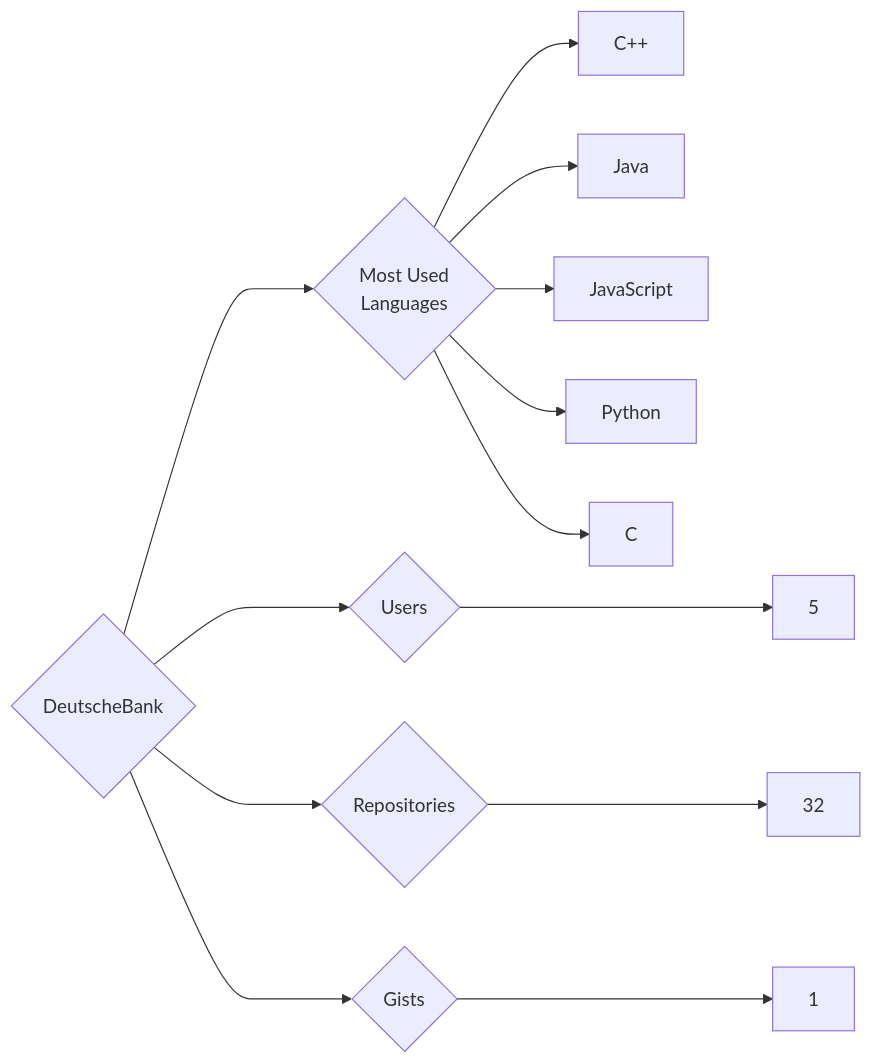
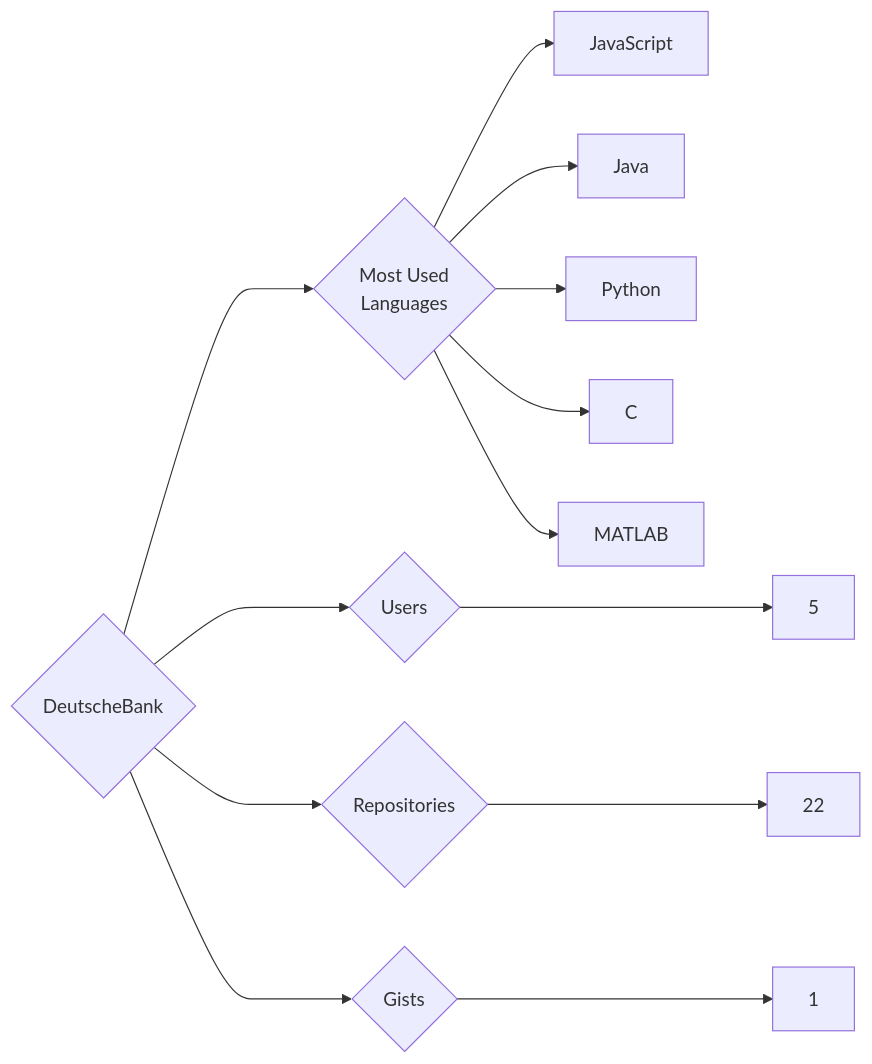
One commit to trickest/insiders changed the diagram in targets/DeutscheBank/README.md. Above: the diagram before and after it, drawn with Mermaid. The commit also changed 1036 other files, not shown here.

````diff
--- a/targets/DeutscheBank/README.md
+++ b/targets/DeutscheBank/README.md
@@ -3,13 +3,13 @@
 ```mermaid
 graph LR
 COMPANY_NAME{DeutscheBank}
 COMPANY_NAME ---> U{Users} ---> UN[5]
-COMPANY_NAME ---> R{Repositories} ---> RN[32]
+COMPANY_NAME ---> R{Repositories} ---> RN[22]
 COMPANY_NAME ---> G{Gists} ---> GN[1]
 COMPANY_NAME ---> ML{Most Used<br>Languages}
-ML --> C++[C++]
+ML --> JavaScript[JavaScript]
 ML --> Java[Java]
-ML --> JavaScript[JavaScript]
 ML --> Python[Python]
 ML --> C[C]
+ML --> MATLAB[MATLAB]
 ```
````
